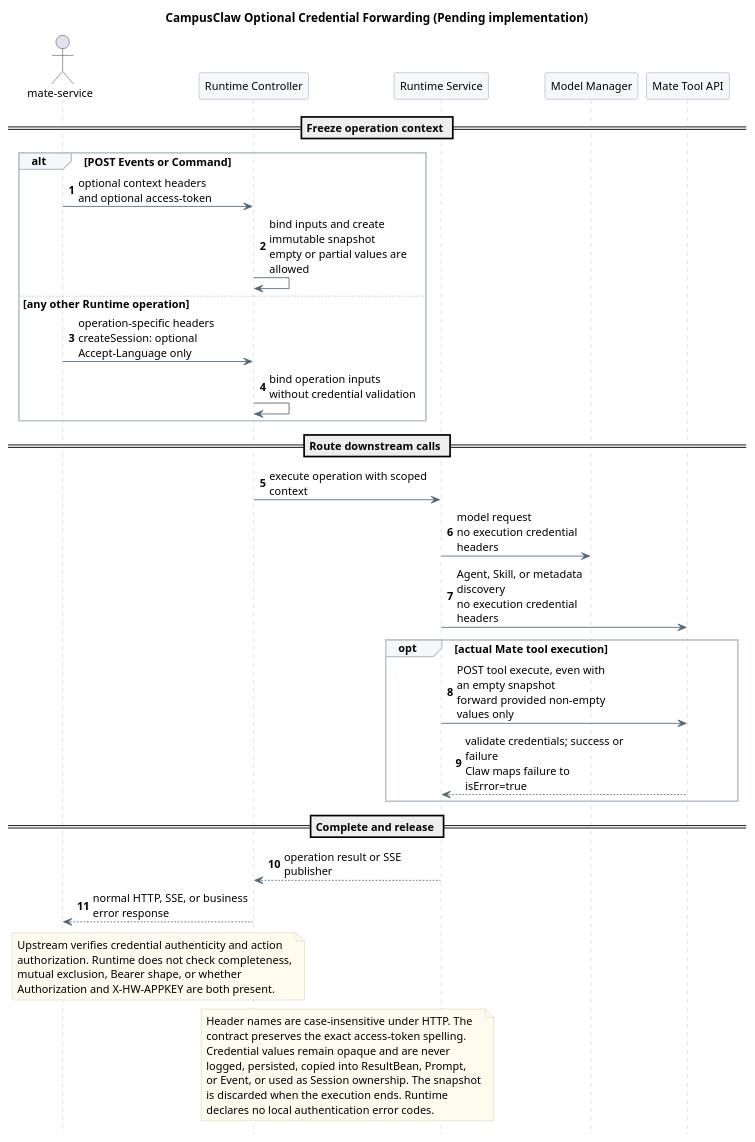
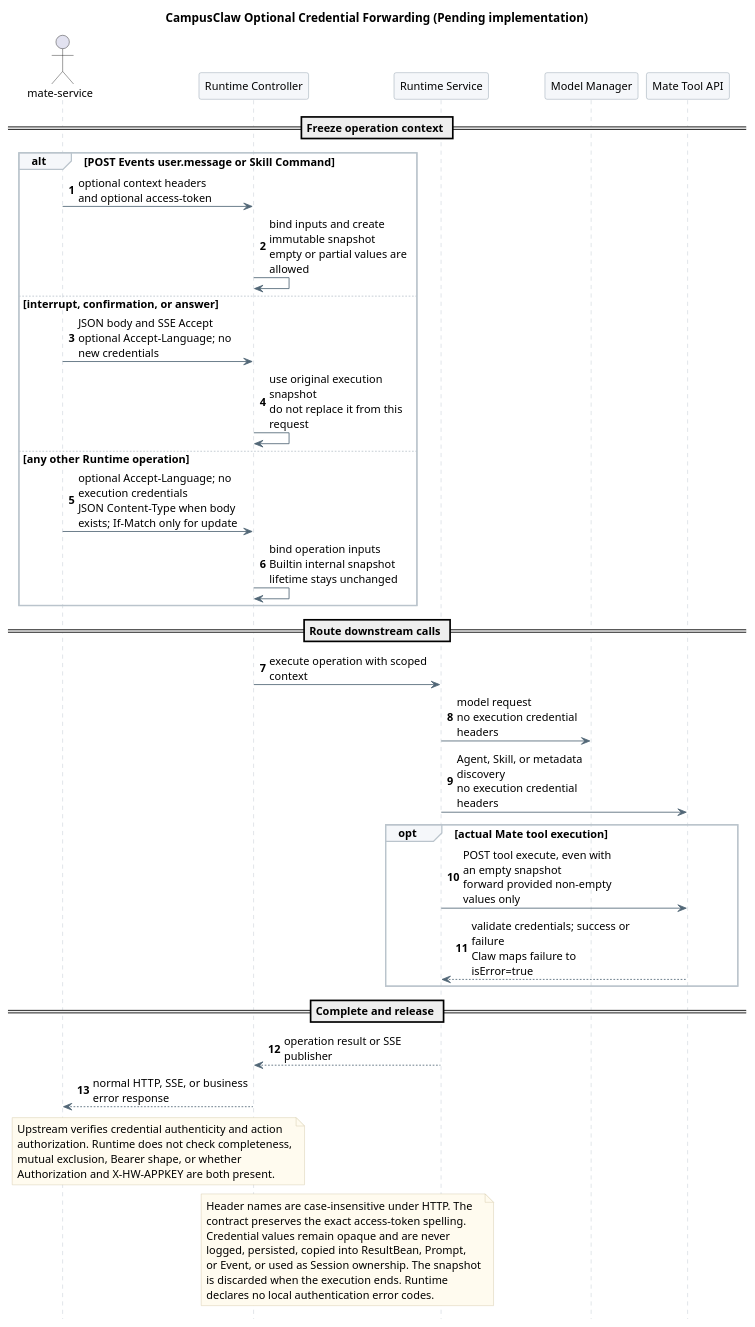
Before and after one commit to ssm0808/pi-mono-java-design: the second of 2 diagrams in 01-总体架构/01-CampusClaw多Agent运行时/设计图/HTTP契约/diagram.puml, drawn with PlantUML. The commit also changed 30 other files, not shown here.

```diff
--- a/01-总体架构/01-CampusClaw多Agent运行时/设计图/HTTP契约/diagram.puml
+++ b/01-总体架构/01-CampusClaw多Agent运行时/设计图/HTTP契约/diagram.puml
@@ -64,76 +64,84 @@
 @startuml http_dual_authentication
 skinparam backgroundColor white
 skinparam defaultFontName SansSerif
 skinparam defaultFontSize 13
 skinparam shadowing false
 skinparam sequenceMessageAlign left
 skinparam maxMessageSize 190
 skinparam sequenceArrowColor #526777
 skinparam sequenceLifeLineBorderColor #BAC4CC
 skinparam sequenceParticipantBackgroundColor #F5F7FA
 skinparam sequenceParticipantBorderColor #8496A4
 skinparam sequenceGroupBackgroundColor #F5F7FA
 skinparam sequenceGroupBorderColor #BAC4CC
 skinparam noteBackgroundColor #FFFBEF
 skinparam noteBorderColor #D2C6A5
 hide footbox
 autonumber
 title CampusClaw Optional Credential Forwarding (Pending implementation)
 
 ' Source evidence (pi-mono-java 21c3f59be033e7bdd5506a2d9d48baa2581bc3c7):
 ' modules/coding-agent-cli/src/main/java/com/campusclaw/codingagent/runtimeapi/web/
 ' RuntimeEventController.java: submit; RuntimeRequestContext.java: mateCredentials.
 ' modules/coding-agent-cli/src/main/java/com/campusclaw/codingagent/common/client/
 ' HttpMateToolClient.java: invokeTool, queryToolIdsByAgentId, queryToolIdsBySkillId, queryToolMetaByIds.
 ' modules/coding-agent-cli/src/main/java/com/campusclaw/codingagent/common/dto/RequestHeaderInfo.java: toHeaders.
 ' Observed behavior: four headers are captured; RuntimeEventService.requireCredentials still rejects incomplete values.
 ' Pending implementation: remove local checks in the entry, CallMateTool.execute, and HttpMateToolClient.invokeTool.
 ' Product constraint: context headers are optional; POST Events and Command may include access-token.
+' Header scope evidence (pi-mono-java 53eff85c7f41de23eb434e027782f5085a8b8e45):
+' modules/coding-agent-cli/src/main/java/com/campusclaw/codingagent/runtimeapi/event/RuntimeEventService.java: submit.
+' modules/coding-agent-cli/src/main/java/com/campusclaw/codingagent/runtimeapi/service/command/CommandExecutionService.java: executeBuiltin.
+' Observed behavior: only user.message consumes new event credentials; Builtin retains its internal invocation lifetime.
+' Design reason: callers provide execution credentials only for new messages and Skill, not control/read/configuration calls.
 ' Security hardening: keep received values only in one execution snapshot and never persist or log them.
 ' Security boundary: discovery, model, and other calls are credential-free; only Mate execute forwards
 ' the received X-HW-ID, Authorization, X-HW-APPKEY, and access-token values without renaming.
 
 
 actor "mate-service" as Caller
 participant "Runtime Controller" as Controller
 participant "Runtime Service" as Service
 participant "Model Manager" as Model
 participant "Mate Tool API" as Mate
 
 == Freeze operation context ==
-alt POST Events or Command
+alt POST Events user.message or Skill Command
   Caller -> Controller : optional context headers\nand optional access-token
   Controller -> Controller : bind inputs and create immutable snapshot\nempty or partial values are allowed
+else interrupt, confirmation, or answer
+  Caller -> Controller : JSON body and SSE Accept\noptional Accept-Language; no new credentials
+  Controller -> Controller : use original execution snapshot\ndo not replace it from this request
 else any other Runtime operation
-  Caller -> Controller : operation-specific headers\ncreateSession: optional Accept-Language only
-  Controller -> Controller : bind operation inputs\nwithout credential validation
+  Caller -> Controller : optional Accept-Language; no execution credentials\nJSON Content-Type when body exists; If-Match only for update
+  Controller -> Controller : bind operation inputs\nBuiltin internal snapshot lifetime stays unchanged
 end
 == Route downstream calls ==
 Controller -> Service : execute operation with scoped context
 Service -> Model : model request\nno execution credential headers
 Service -> Mate : Agent, Skill, or metadata discovery\nno execution credential headers
 opt actual Mate tool execution
   Service -> Mate : POST tool execute, even with an empty snapshot\nforward provided non-empty values only
   Mate --> Service : validate credentials; success or failure\nClaw maps failure to isError=true
 end
 == Complete and release ==
 Service --> Controller : operation result or SSE publisher
 Controller --> Caller : normal HTTP, SSE, or business error response
 
 note over Caller,Controller
   Upstream verifies credential authenticity and action
   authorization. Runtime does not check completeness,
   mutual exclusion, Bearer shape, or whether
   Authorization and X-HW-APPKEY are both present.
 end note
 
 note over Controller,Service
   Header names are case-insensitive under HTTP. The
   contract preserves the exact access-token spelling.
   Credential values remain opaque and are never
   logged, persisted, copied into ResultBean, Prompt,
   or Event, or used as Session ownership. The snapshot
   is discarded when the execution ends. Runtime
   declares no local authentication error codes.
 end note
 @enduml
```
